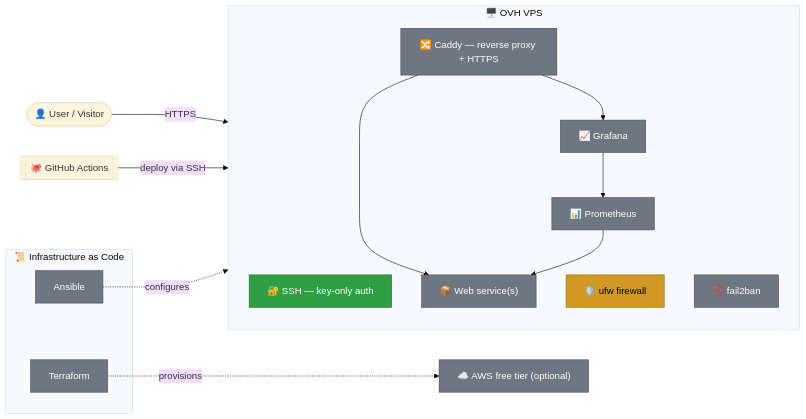
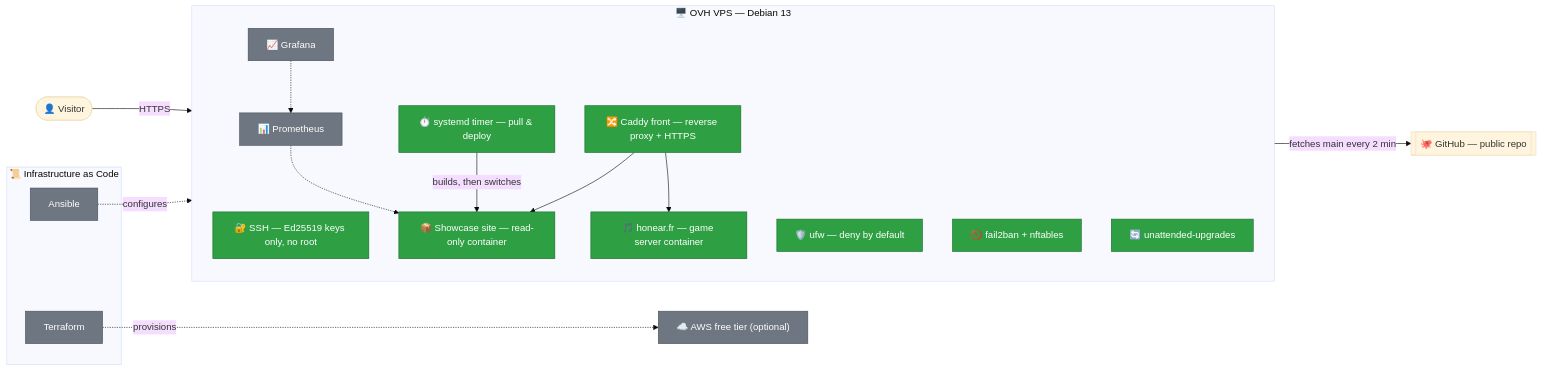
One commit to SNZMTO/homelab changed the diagram in README.md. Above: the diagram before and after it, drawn with Mermaid (base theme). The commit also changed other lines of this file, not shown here.

````diff
--- a/README.md
+++ b/README.md
@@ -13,40 +13,42 @@
 ```mermaid
 flowchart LR
-    User(["👤 User / Visitor"])
-    GitHub[["🐙 GitHub Actions"]]
+    User(["👤 Visitor"])
+    GitHub[["🐙 GitHub — public repo"]]
 
-    subgraph VPS["🖥️ OVH VPS"]
+    subgraph VPS["🖥️ OVH VPS — Debian 13"]
         direction TB
-        SSH["🔐 SSH — key-only auth"]
-        FW["🛡️ ufw firewall"]
-        F2B["🚫 fail2ban"]
-        Caddy["🔀 Caddy — reverse proxy + HTTPS"]
-        App["📦 Web service(s)"]
+        SSH["🔐 SSH — Ed25519 keys only, no root"]
+        FW["🛡️ ufw — deny by default"]
+        F2B["🚫 fail2ban + nftables"]
+        UPD["🔄 unattended-upgrades"]
+        Caddy["🔀 Caddy front — reverse proxy + HTTPS"]
+        Site["📦 Showcase site — read-only container"]
+        Honear["🎵 honear.fr — game server container"]
+        Timer["⏱️ systemd timer — pull & deploy"]
         Prom["📊 Prometheus"]
         Graf["📈 Grafana"]
     end
 
     subgraph IaC["📜 Infrastructure as Code"]
         Ansible["Ansible"]
         Terraform["Terraform"]
     end
 
     Cloud["☁️ AWS free tier (optional)"]
 
     User -->|HTTPS| Caddy
-    GitHub -->|deploy via SSH| VPS
-    Caddy --> App
-    Caddy --> Graf
-    Prom --> App
-    Graf --> Prom
+    Caddy --> Site
+    Caddy --> Honear
+    Timer -->|fetches main every 2 min| GitHub
+    Timer -->|builds, then switches| Site
+    Graf -.-> Prom
+    Prom -.-> Site
     Ansible -.configures.-> VPS
     Terraform -.provisions.-> Cloud
 
     classDef done fill:#2ea043,stroke:#1a6b2b,color:#fff
-    classDef inprogress fill:#d29922,stroke:#9a6d16,color:#000
     classDef planned fill:#6e7681,stroke:#484f58,color:#fff
 
-    class SSH done
-    class FW inprogress
-    class F2B,Caddy,App,Prom,Graf,Ansible,Terraform,Cloud planned
+    class SSH,FW,F2B,UPD,Caddy,Site,Honear,Timer done
+    class Prom,Graf,Ansible,Terraform,Cloud planned
 ```
````
